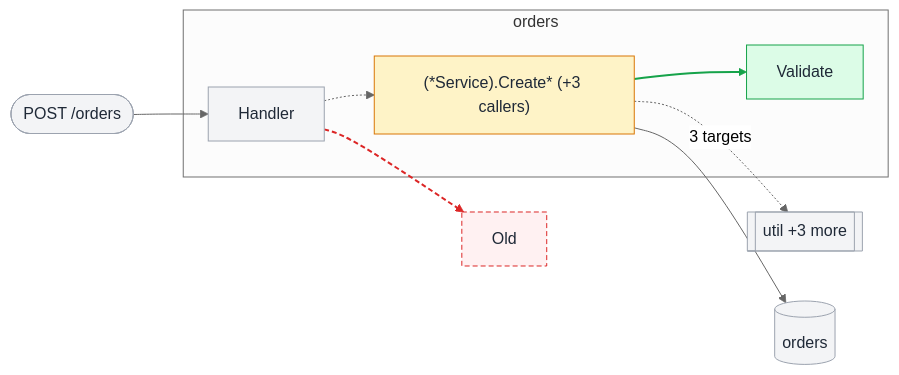
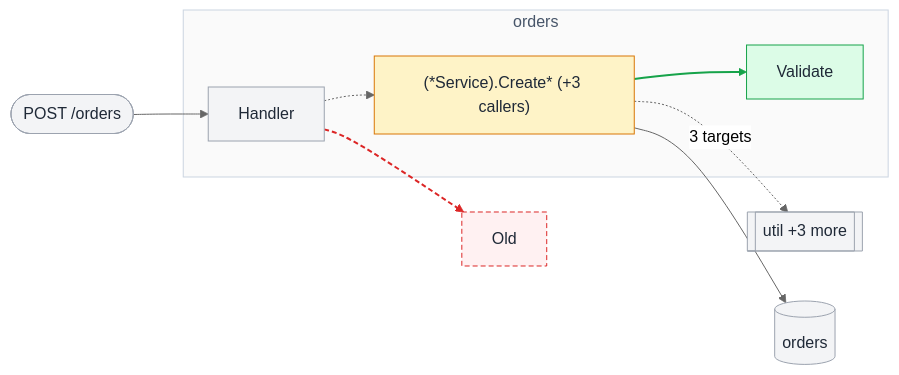
One commit to Ullauri/shapediff changed the third of 5 diagrams in internal/render/testdata/note.golden.md. Above: the diagram before and after it, drawn with Mermaid (neutral theme). The commit also changed other lines of this file and 14 other files, not shown here.

````diff
--- a/internal/render/testdata/note.golden.md
+++ b/internal/render/testdata/note.golden.md
@@ -79,29 +84,31 @@
 ```mermaid
 flowchart LR
   classDef added fill:#dcfce7,stroke:#16a34a,color:#1f2937
   classDef context fill:#f3f4f6,stroke:#9ca3af,color:#1f2937
   classDef removed fill:#fff1f2,stroke:#dc2626,stroke-dasharray:5 3,color:#1f2937
   classDef signature_changed fill:#fef3c7,stroke:#d97706,color:#1f2937
+  classDef box fill:#fafafa,stroke:#cbd5e1,color:#475569
   subgraph sg2f27a5c6["orders"]
     na3c6eddb["(*Service).Create* (+3 callers)"]
     n7e4a7fe1["Handler"]
     n3fa7fd89["Validate"]
   end
+  class sg2f27a5c6 box
   ndcb5c3a1(["POST /orders"])
   na7fef5cf[["util +3 more"]]
   nc5b8bb09[("orders")]
   n6e4081b5["Old"]
   ndcb5c3a1 --> n7e4a7fe1
   na3c6eddb -.->|3 targets| na7fef5cf
   na3c6eddb --> nc5b8bb09
   na3c6eddb --> n3fa7fd89
   n7e4a7fe1 --> na3c6eddb
   n7e4a7fe1 --> n6e4081b5
   linkStyle 3 stroke:#16a34a,stroke-width:2px
   linkStyle 4 stroke-dasharray:2 2
   linkStyle 5 stroke:#dc2626,stroke-width:2px,stroke-dasharray:5 3
   class n3fa7fd89 added
   class ndcb5c3a1,na7fef5cf,nc5b8bb09,n7e4a7fe1 context
   class n6e4081b5 removed
   class na3c6eddb signature_changed
 ```
````
